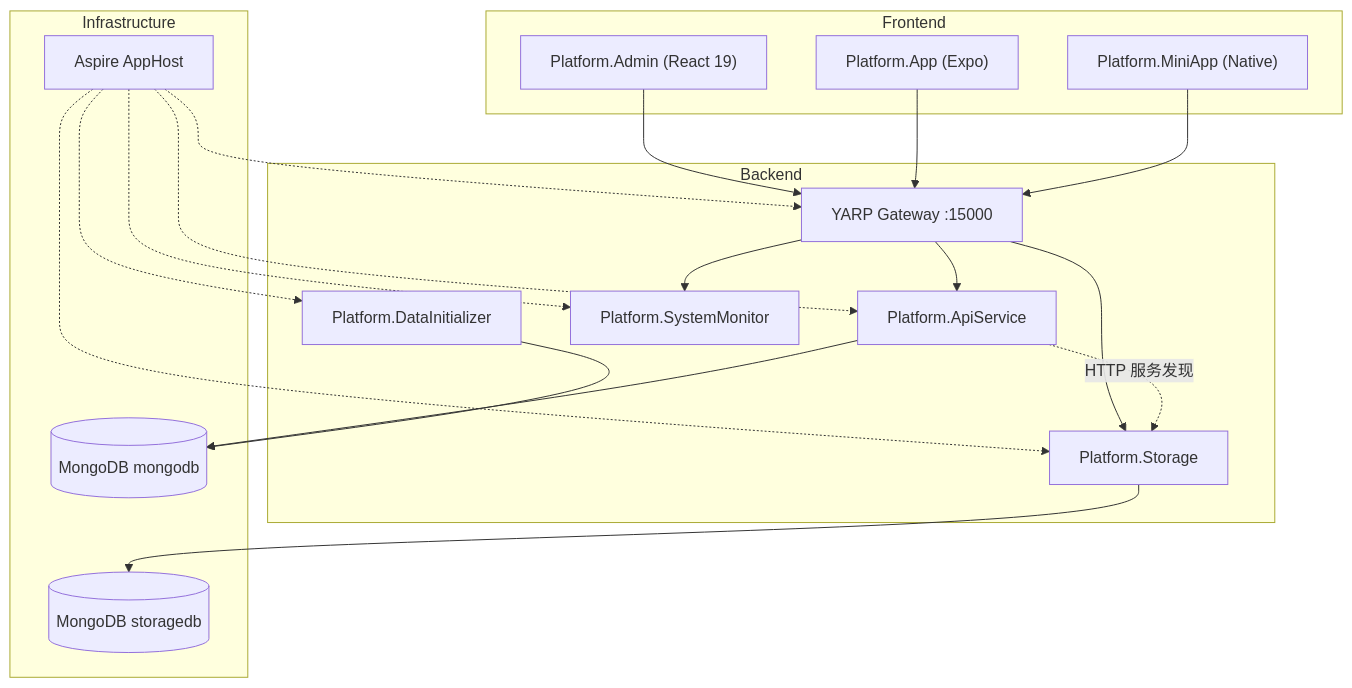
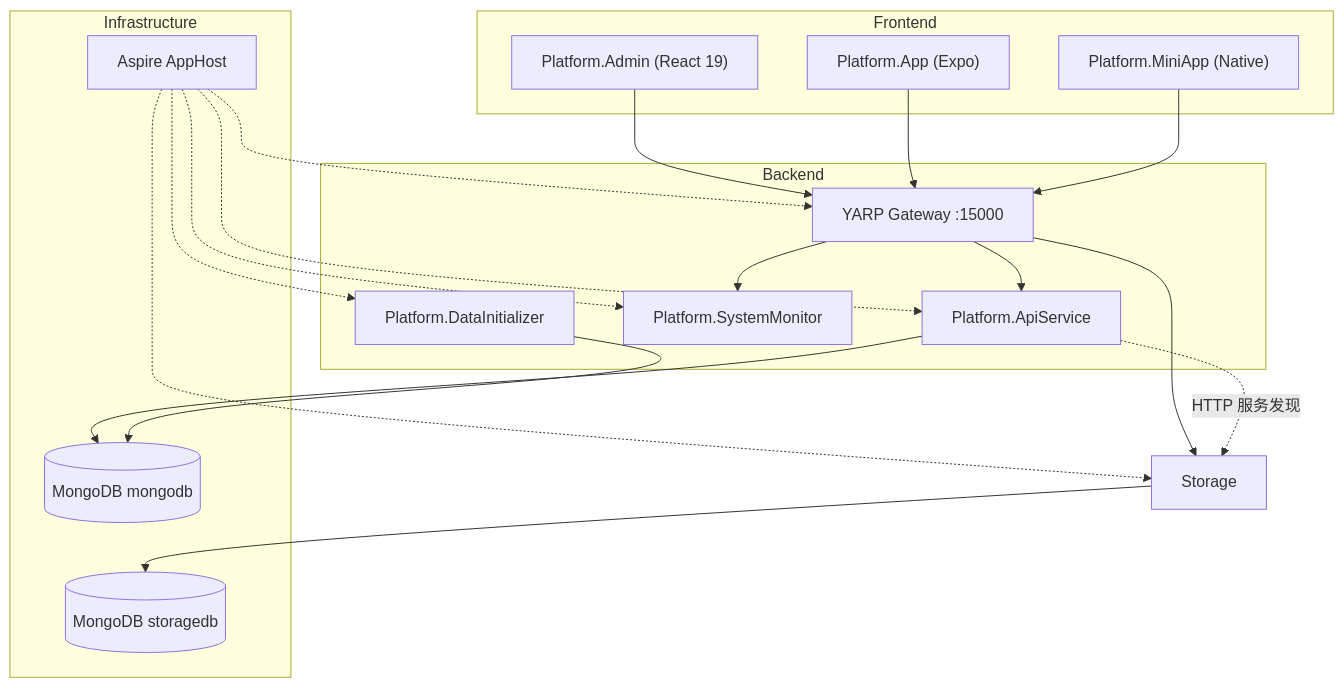
Before and after one commit to wjw1-Evan/aspire-admin: the diagram in README.md, drawn with Mermaid. The commit also changed other lines of this file and 5 other files, not shown here.

````diff
--- a/README.md
+++ b/README.md
@@ -57,36 +57,35 @@
 ```mermaid
 graph TD
     subgraph Frontend
         Admin["Platform.Admin (React 19)"]
         App["Platform.App (Expo)"]
         MiniApp["Platform.MiniApp (Native)"]
     end
     
     subgraph Backend
         Gateway["YARP Gateway :15000"]
         ApiService["Platform.ApiService"]
-        Storage["Platform.Storage"]
         SysMonitor["Platform.SystemMonitor"]
         DataInit["Platform.DataInitializer"]
     end
     
     subgraph Infrastructure
         Aspire["Aspire AppHost"]
         MongoMain[(MongoDB mongodb)]
         MongoStore[(MongoDB storagedb)]
     end
     
     Admin & App & MiniApp --> Gateway
     Gateway --> ApiService
     Gateway --> Storage
     Gateway --> SysMonitor
     ApiService --> MongoMain
     ApiService -.->|HTTP 服务发现| Storage
     Storage --> MongoStore
     Aspire -.-> Gateway
     Aspire -.-> ApiService
     Aspire -.-> Storage
     Aspire -.-> SysMonitor
     Aspire -.-> DataInit
     DataInit --> MongoMain
 ```
````
